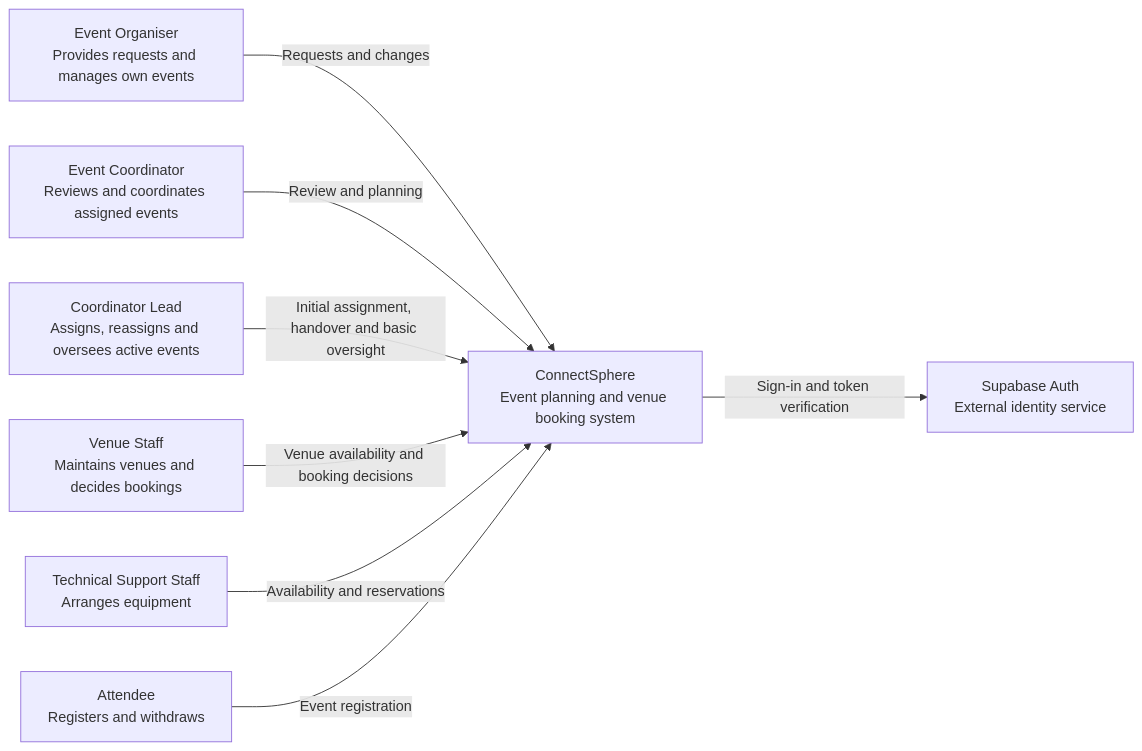
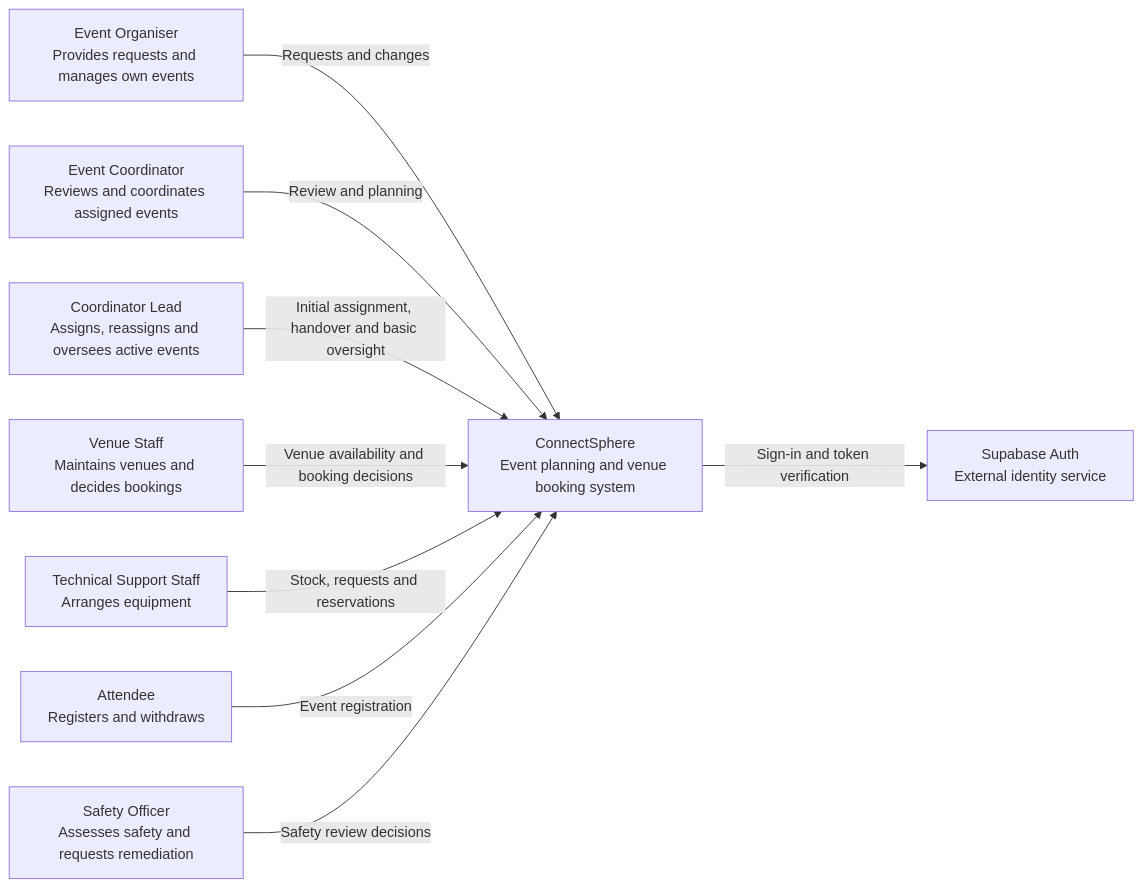
The first of 14 diagrams in docs/architecture/README.md (MochaLxtte/ConnectSphere), drawn with Mermaid before and after one commit. The commit also changed other lines of this file and 163 other files, not shown here.

First line of the commit message:
docs: reconcile release acceptance, coverage and architecture evidence

````diff
--- a/docs/architecture/README.md
+++ b/docs/architecture/README.md
@@ -21,18 +37,20 @@
 ```mermaid
 flowchart LR
   organiser["Event Organiser<br/>Provides requests and manages own events"]
   coordinator["Event Coordinator<br/>Reviews and coordinates assigned events"]
   lead["Coordinator Lead<br/>Assigns, reassigns and oversees active events"]
   venue["Venue Staff<br/>Maintains venues and decides bookings"]
   technical["Technical Support Staff<br/>Arranges equipment"]
   attendee["Attendee<br/>Registers and withdraws"]
+  safety["Safety Officer<br/>Assesses safety and requests remediation"]
   system["ConnectSphere<br/>Event planning and venue booking system"]
   identity["Supabase Auth<br/>External identity service"]
   organiser -->|Requests and changes| system
   coordinator -->|Review and planning| system
   lead -->|Initial assignment, handover and basic oversight| system
   venue -->|Venue availability and booking decisions| system
-  technical -->|Availability and reservations| system
+  technical -->|Stock, requests and reservations| system
   attendee -->|Event registration| system
+  safety -->|Safety review decisions| system
   system -->|Sign-in and token verification| identity
 ```
````
